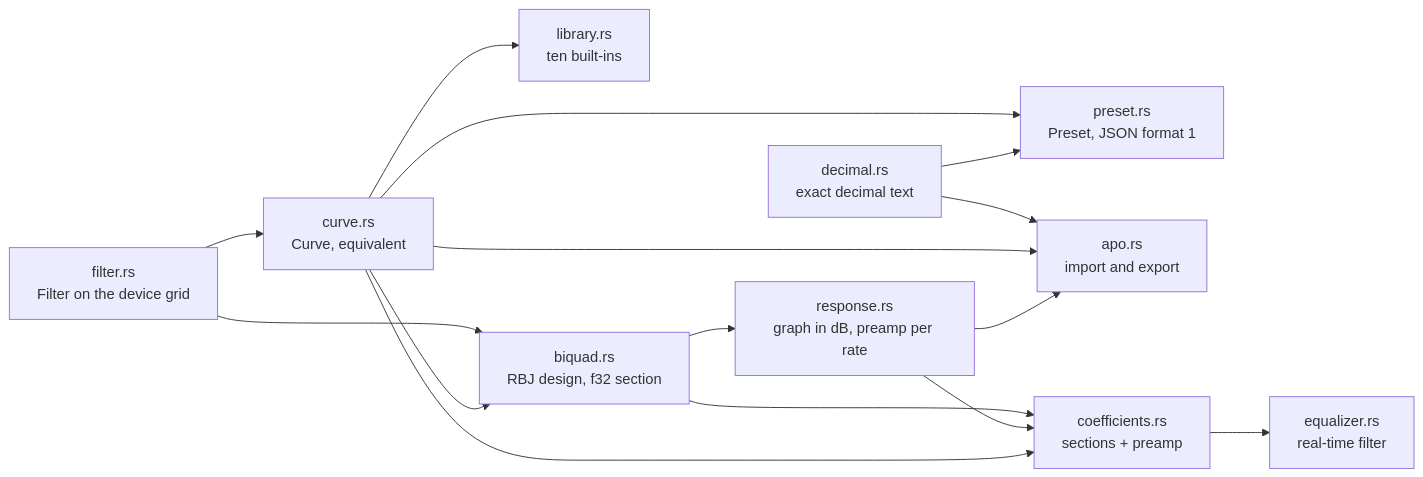
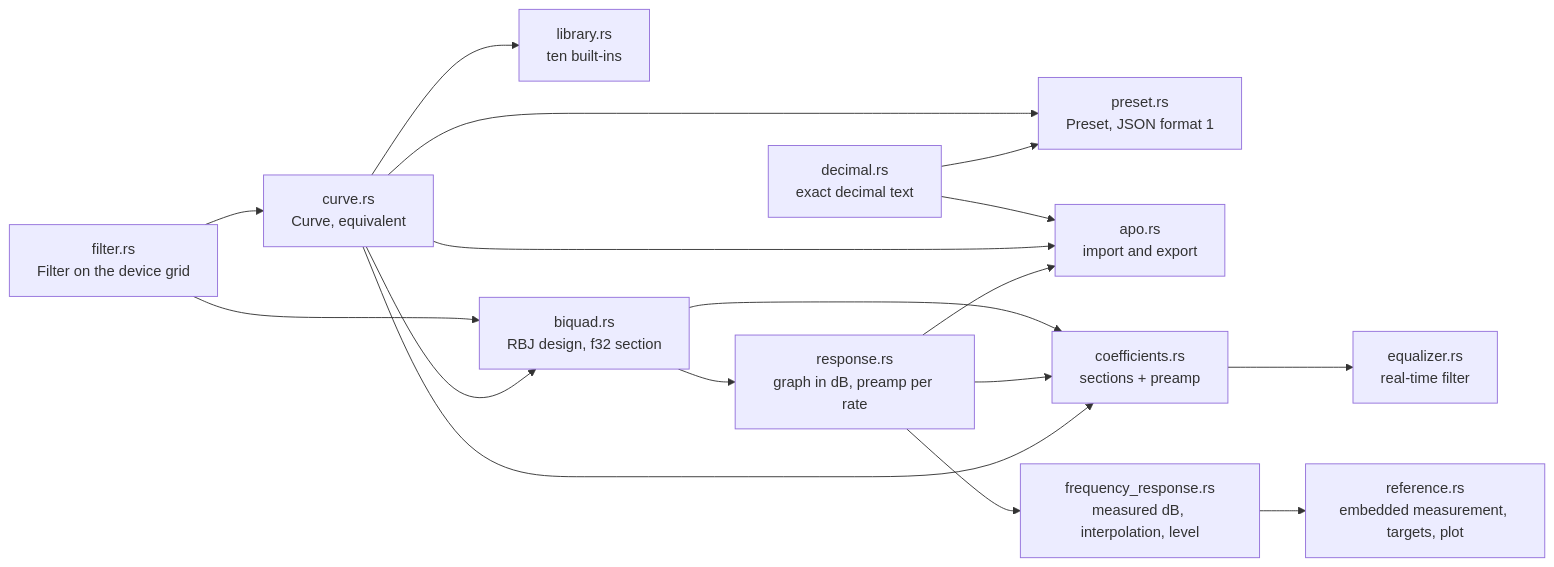
Before and after one commit to marcelogm/arctis-companion: the first of 6 diagrams in docs/architecture/eq.md, drawn with Mermaid. The commit also changed other lines of this file and 22 other files, not shown here.

Commit message:
feat(eq): plot the headset against B&K 5128 targets and add the Harman target preset

````diff
--- a/docs/architecture/eq.md
+++ b/docs/architecture/eq.md
@@ -9,17 +10,19 @@
 ```mermaid
 flowchart LR
     filter["filter.rs<br/>Filter on the device grid"] --> curve["curve.rs<br/>Curve, equivalent"]
     curve --> preset["preset.rs<br/>Preset, JSON format 1"]
     curve --> library["library.rs<br/>ten built-ins"]
     decimal["decimal.rs<br/>exact decimal text"] --> apo["apo.rs<br/>import and export"]
     decimal --> preset
     curve --> apo
     filter --> biquad["biquad.rs<br/>RBJ design, f32 section"]
     curve --> biquad
     biquad --> response["response.rs<br/>graph in dB, preamp per rate"]
     biquad --> coefficients["coefficients.rs<br/>sections + preamp"]
     response --> coefficients
     response --> apo
     curve --> coefficients
     coefficients --> equalizer["equalizer.rs<br/>real-time filter"]
+    response --> frequency_response["frequency_response.rs<br/>measured dB, interpolation, level"]
+    frequency_response --> reference["reference.rs<br/>embedded measurement, targets, plot"]
 ```
````
